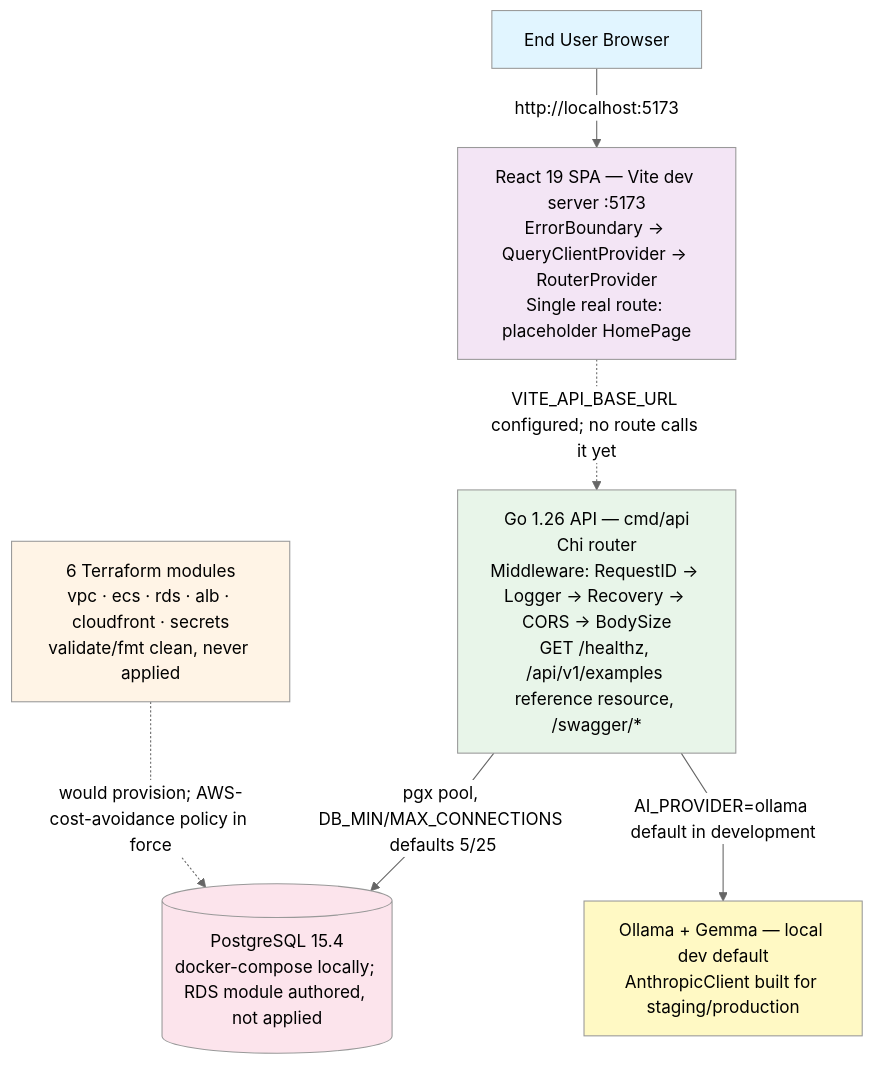
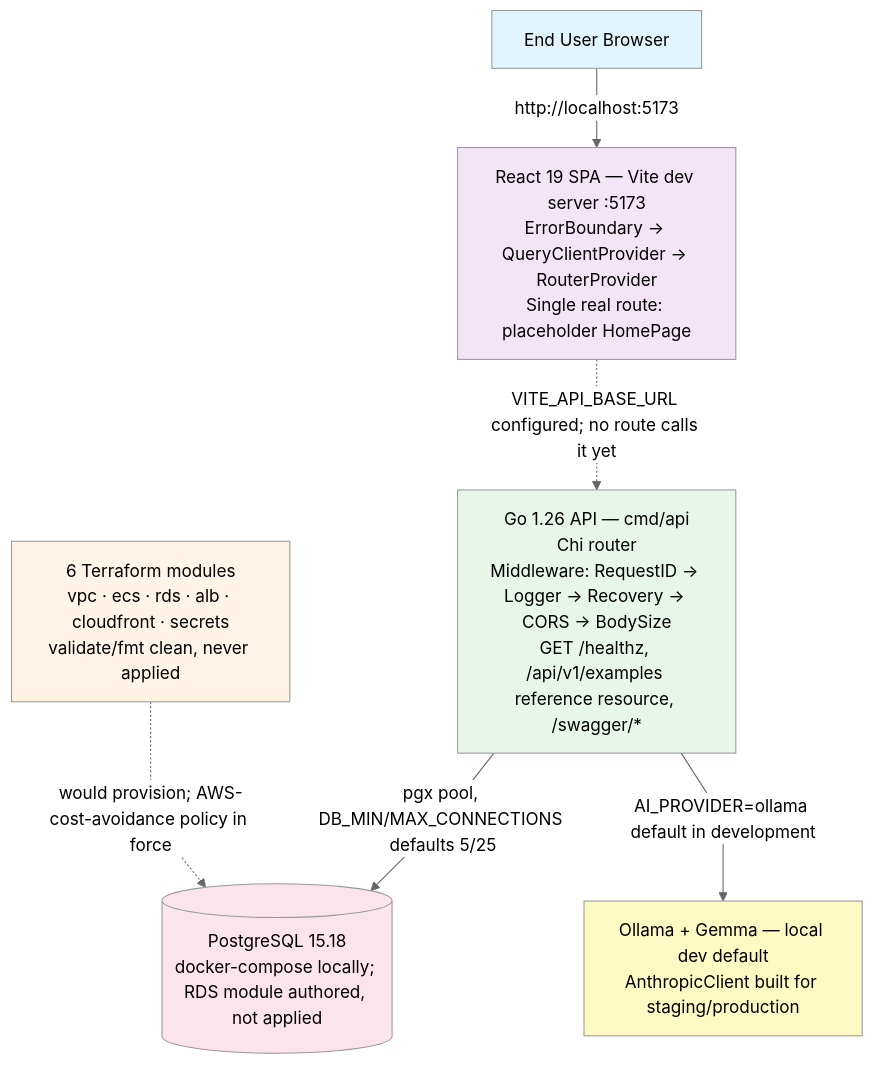
The second of 2 diagrams in docs/architecture.md (JosemaPereira/TrAIveler), drawn with Mermaid (neutral theme) before and after one commit. The commit also changed other lines of this file and 11 other files, not shown here.

First line of the commit message:
chore: bump PostgreSQL to 15.18 and reconcile spec006 alignment (#216)

````diff
--- a/docs/architecture.md
+++ b/docs/architecture.md
@@ -290,23 +290,23 @@
 ```mermaid
 %%{init: {'flowchart': {'curve': 'linear'}}}%%
 graph TD
     User[End User Browser]
     FE[React 19 SPA — Vite dev server :5173<br/>ErrorBoundary → QueryClientProvider → RouterProvider<br/>Single real route: placeholder HomePage]
     API[Go 1.26 API — cmd/api<br/>Chi router<br/>Middleware: RequestID → Logger → Recovery → CORS → BodySize<br/>GET /healthz, /api/v1/examples reference resource, /swagger/*]
-    DB[(PostgreSQL 15.4<br/>docker-compose locally; RDS module authored, not applied)]
+    DB[(PostgreSQL 15.18<br/>docker-compose locally; RDS module authored, not applied)]
     AI[Ollama + Gemma — local dev default<br/>AnthropicClient built for staging/production]
     TF[6 Terraform modules<br/>vpc · ecs · rds · alb · cloudfront · secrets<br/>validate/fmt clean, never applied]
 
     User -->|http://localhost:5173| FE
     FE -.->|VITE_API_BASE_URL configured; no route calls it yet| API
     API -->|pgx pool, DB_MIN/MAX_CONNECTIONS defaults 5/25| DB
     API -->|AI_PROVIDER=ollama default in development| AI
     TF -.->|would provision; AWS-cost-avoidance policy in force| DB
 
     style User fill:#e1f5ff
     style FE fill:#f3e5f5
     style API fill:#e8f5e9
     style DB fill:#fce4ec
     style AI fill:#fff9c4
     style TF fill:#fff4e6
 ```
````
